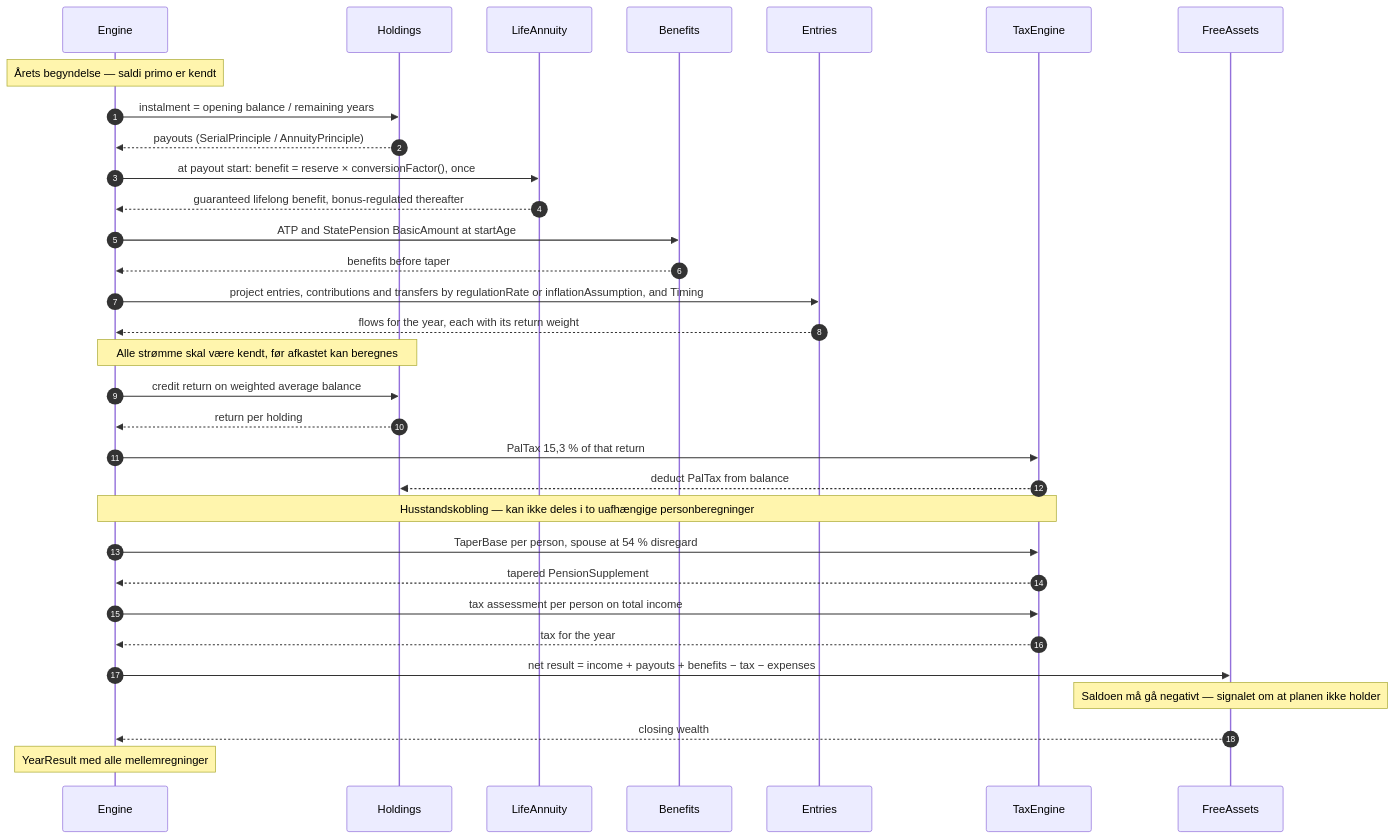
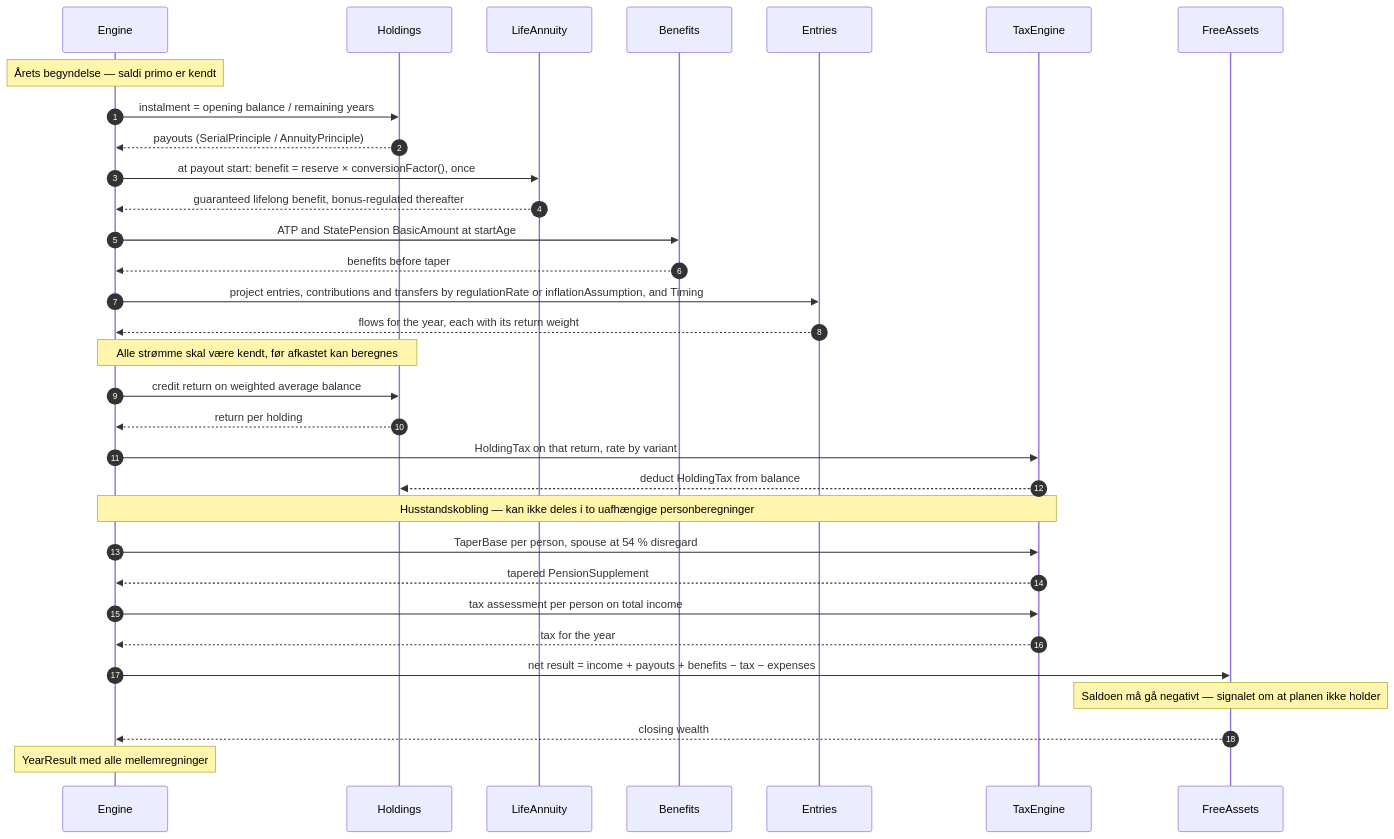
The diagram in docs/diagrams/02-simuleringsaaret.md (jbhdk/PensionPlanner), drawn with Mermaid before and after one commit. The commit also changed other lines of this file and 6 other files, not shown here.

````diff
--- a/docs/diagrams/02-simuleringsaaret.md
+++ b/docs/diagrams/02-simuleringsaaret.md
@@ -7,41 +7,41 @@
 ```mermaid
 sequenceDiagram
     autonumber
     participant E as Engine
     participant H as Holdings
     participant L as LifeAnnuity
     participant B as Benefits
     participant N as Entries
     participant T as TaxEngine
     participant F as FreeAssets
 
     Note over E: Årets begyndelse — saldi primo er kendt
 
     E->>H: instalment = opening balance / remaining years
     H-->>E: payouts (SerialPrinciple / AnnuityPrinciple)
     E->>L: at payout start: benefit = reserve × conversionFactor(), once
     L-->>E: guaranteed lifelong benefit, bonus-regulated thereafter
     E->>B: ATP and StatePension BasicAmount at startAge
     B-->>E: benefits before taper
     E->>N: project entries, contributions and transfers by regulationRate or inflationAssumption, and Timing
     N-->>E: flows for the year, each with its return weight
 
     Note over E,H: Alle strømme skal være kendt, før afkastet kan beregnes
     E->>H: credit return on weighted average balance
     H-->>E: return per holding
-    E->>T: PalTax 15,3 % of that return
-    T-->>H: deduct PalTax from balance
+    E->>T: HoldingTax on that return, rate by variant
+    T-->>H: deduct HoldingTax from balance
 
     Note over E,T: Husstandskobling — kan ikke deles i to uafhængige personberegninger
     E->>T: TaperBase per person, spouse at 54 % disregard
     T-->>E: tapered PensionSupplement
 
     E->>T: tax assessment per person on total income
     T-->>E: tax for the year
 
     E->>F: net result = income + payouts + benefits − tax − expenses
     Note over F: Saldoen må gå negativt — signalet om at planen ikke holder
     F-->>E: closing wealth
 
     Note over E: YearResult med alle mellemregninger
 ```
````
